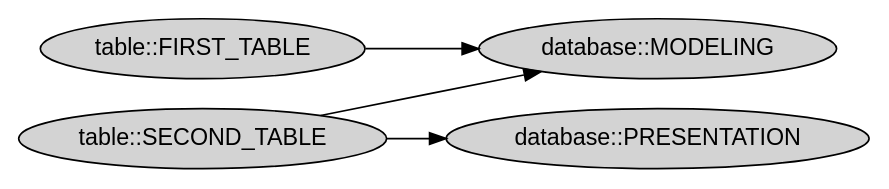
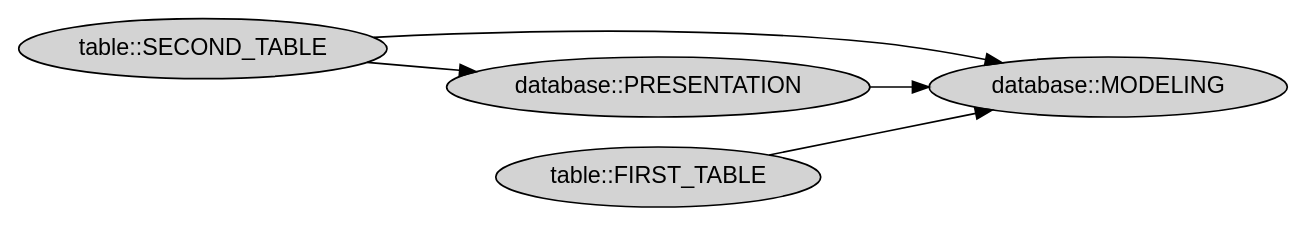
Before and after one commit to rus-kgo/da-snowflake-iac: the diagram in dependencies.dot, drawn with Graphviz. The commit also changed 62 other files, not shown here.

```diff
--- a/dependencies.dot
+++ b/dependencies.dot
@@ -1,9 +1,9 @@
 digraph G {
   rankdir=LR;
   node [shape=ellipse, style=filled, fillcolor=lightgrey, fontname=Helvetica];
 "database::MODELING";
-"database::PRESENTATION";
+"database::PRESENTATION" -> "database::MODELING";
 "table::FIRST_TABLE" -> "database::MODELING";
 "table::SECOND_TABLE" -> "database::MODELING";
 "table::SECOND_TABLE" -> "database::PRESENTATION";
 }
```
